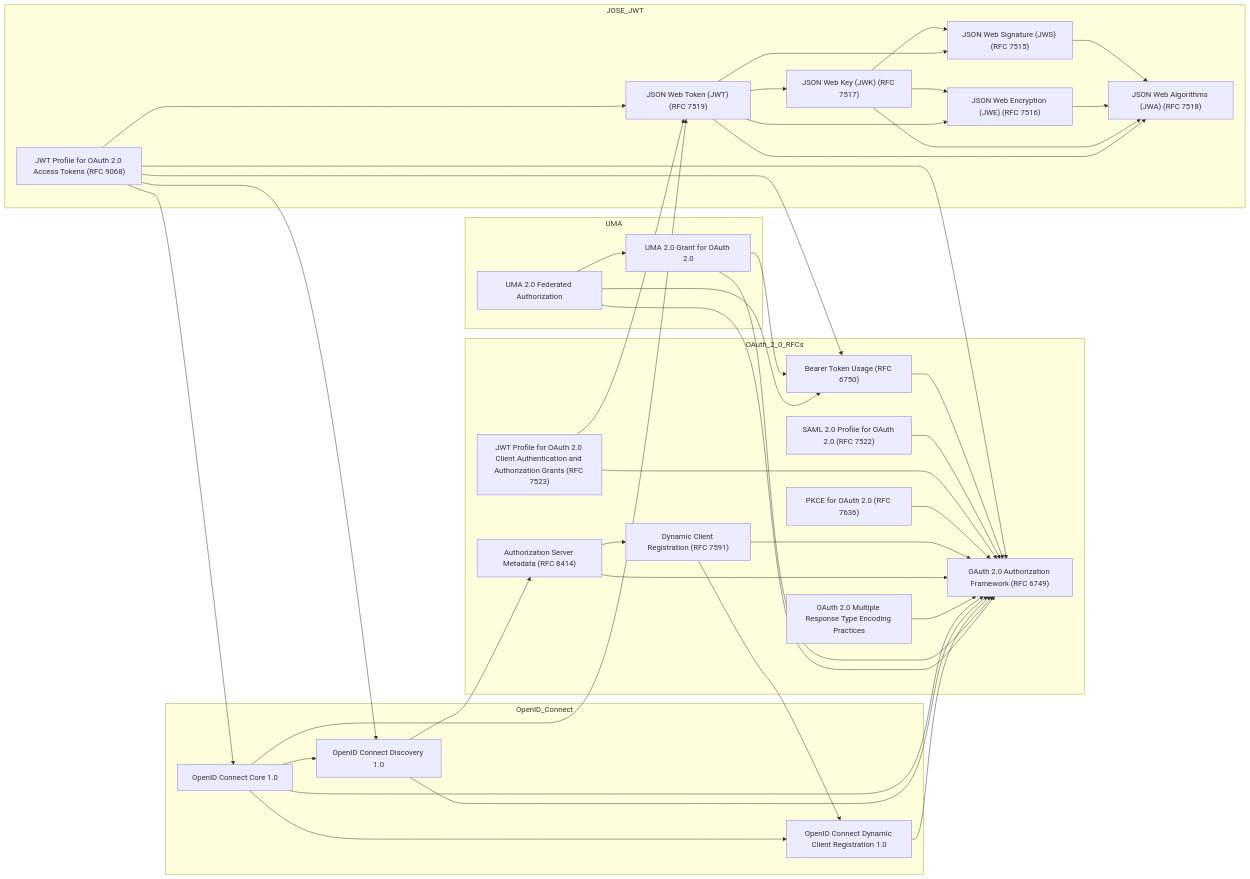
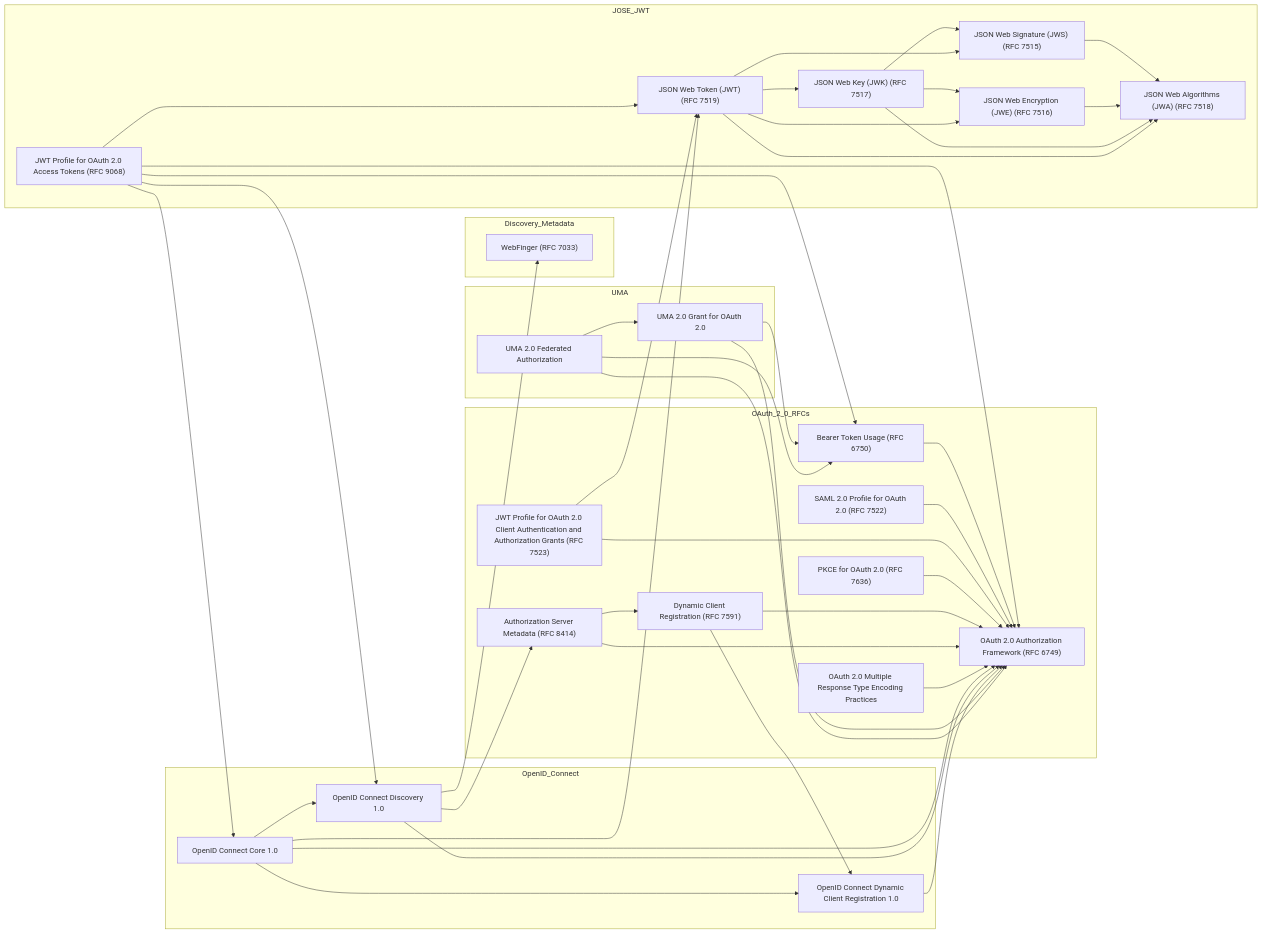
The diagram in Graph.md (ryanspletzer/oidc-oauth-spec-graph), drawn with Mermaid before and after one commit. The commit also changed 1 other file, not shown here.

Commit message:
Adds WebFinger to authentication protocol diagram
Includes RFC 7033 (WebFinger) as a new Discovery/Metadata category to show its role in resource discovery for OpenID Connect.

Establishes the connection between WebFinger and OpenID Connect Discovery, providing a more complete view of the authentication ecosystem's discovery mechanisms.

````diff
--- a/Graph.md
+++ b/Graph.md
@@ -2,5 +2,10 @@
 ```mermaid
 graph LR
+
+  %% --- Discovery / Metadata ---
+  subgraph Discovery_Metadata
+    RFC7033["WebFinger (RFC 7033)"]
+  end
 
   %% --- OAuth 2.0 RFCs ---
   subgraph OAuth_2_0_RFCs
@@ -54,6 +59,7 @@
 
   OIDC_Discovery --> RFC6749
   OIDC_Discovery --> RFC8414
+  OIDC_Discovery --> RFC7033
 
   OIDC_Reg --> RFC6749
   %% RFC 7591 explicitly references OIDC Dynamic Client Registration
@@ -91,6 +97,8 @@
   UMA_FedAuthz --> UMA_Grant
 
   %% ---- Clickable links for each node ----
+  click RFC7033 "https://datatracker.ietf.org/doc/html/rfc7033" "WebFinger (RFC 7033)"
+
   click RFC6749 "https://datatracker.ietf.org/doc/html/rfc6749" "OAuth 2.0 Authorization Framework (RFC 6749)"
   click RFC6750 "https://datatracker.ietf.org/doc/html/rfc6750" "Bearer Token Usage (RFC 6750)"
   click RFC7522 "https://datatracker.ietf.org/doc/html/rfc7522" "SAML 2.0 Profile for OAuth 2.0 (RFC 7522)"
````
